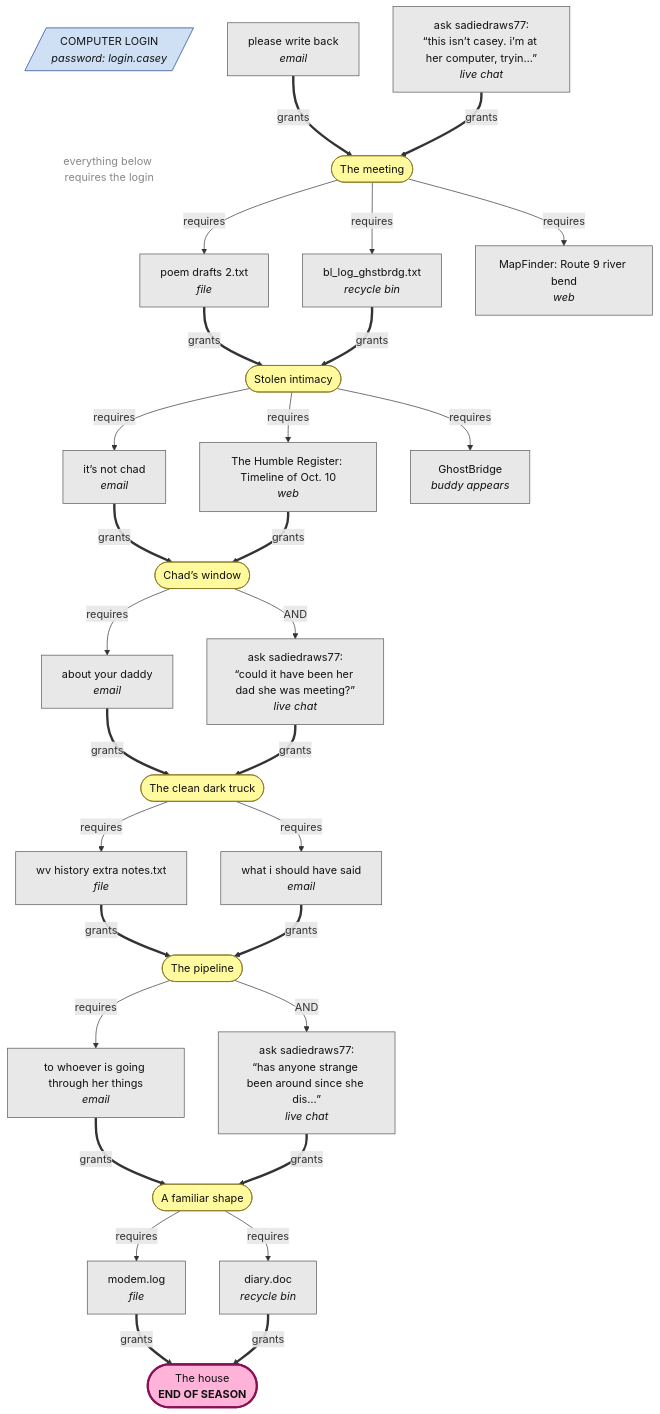
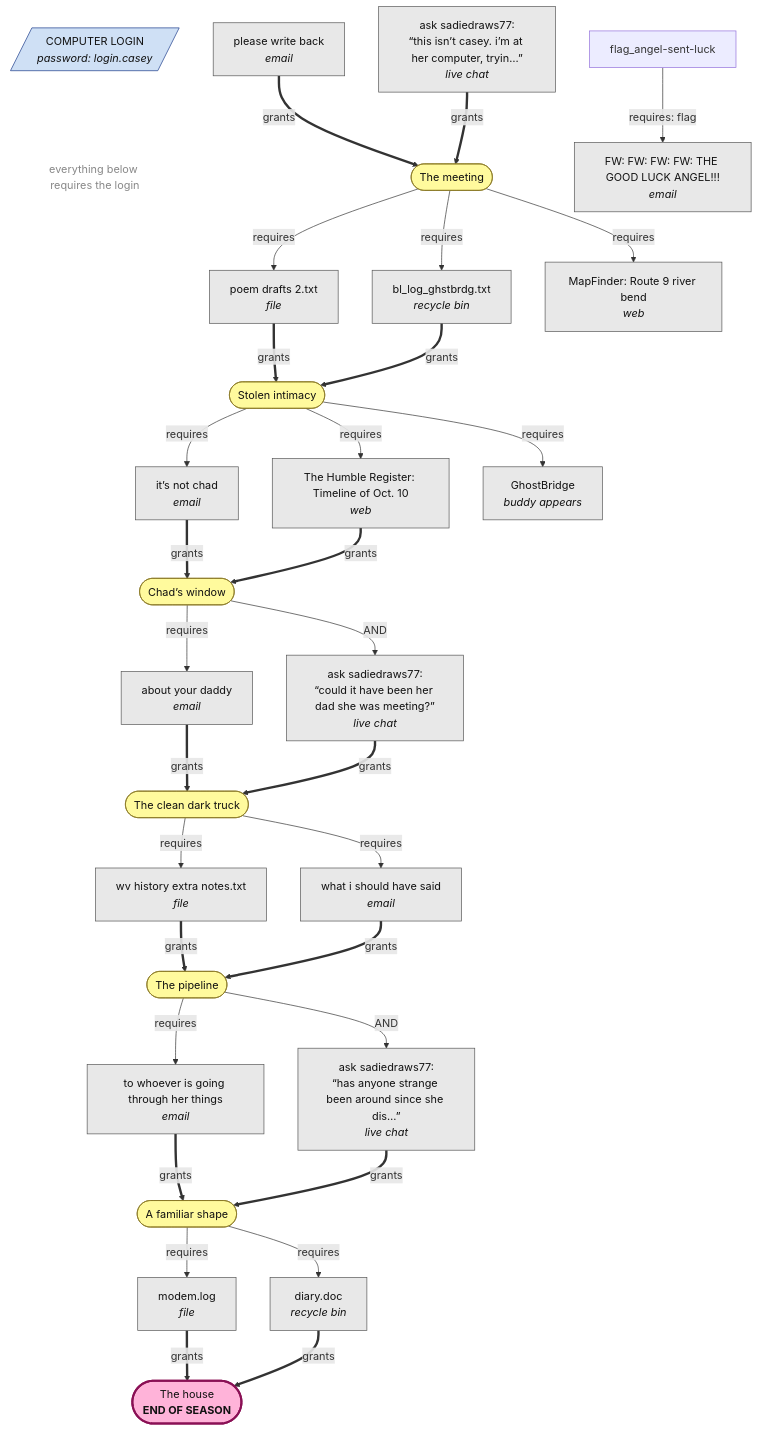
The diagram in docs/clue-graph.md (adamthedorsey/last-login), drawn with Mermaid before and after one commit. The commit also changed other lines of this file and 8 other files, not shown here.

````diff
--- a/docs/clue-graph.md
+++ b/docs/clue-graph.md
@@ -9,61 +9,63 @@
 ```mermaid
 flowchart TD
   classDef discovery fill:#fffa9d,stroke:#887722,color:#111
   classDef finale fill:#ffb3d9,stroke:#8a1055,color:#111,stroke-width:3px
   classDef item fill:#e8e8e8,stroke:#555,color:#111
   classDef locked fill:#cfe0f5,stroke:#1a3a8a,color:#111
   classDef note fill:none,stroke:none,color:#888
   login[/"COMPUTER LOGIN<br/><i>password: login.casey</i>"/]:::locked
   login ~~~ loginNote["everything below requires the login"]:::note
   d_the_meeting(["The meeting"]):::discovery
   d_stolen_intimacy(["Stolen intimacy"]):::discovery
   d_chads_window(["Chad’s window"]):::discovery
   d_the_clean_truck(["The clean dark truck"]):::discovery
   d_the_pipeline(["The pipeline"]):::discovery
   d_who_shaped(["A familiar shape"]):::discovery
   d_the_house(["The house<br/><b>END OF SEASON</b>"]):::finale
   i_file_ledger_copy["wv history extra notes.txt<br/><i>file</i>"]:::item
   i_file_ledger_copy ==>|grants| d_the_pipeline
   d_the_clean_truck -->|requires| i_file_ledger_copy
   i_file_gb_log_oct8["poem drafts 2.txt<br/><i>file</i>"]:::item
   i_file_gb_log_oct8 ==>|grants| d_stolen_intimacy
   d_the_meeting -->|requires| i_file_gb_log_oct8
   i_file_modem_log["modem.log<br/><i>file</i>"]:::item
   i_file_modem_log ==>|grants| d_the_house
   d_who_shaped -->|requires| i_file_modem_log
   i_email_sadie_please["please write back<br/><i>email</i>"]:::item
   i_email_sadie_please ==>|grants| d_the_meeting
+  i_email_angel_chain2["FW: FW: FW: FW: THE GOOD LUCK ANGEL!!!<br/><i>email</i>"]:::item
+  flag_angel-sent-luck -->|requires: flag| i_email_angel_chain2
   i_email_sadie_notchad["it’s not chad<br/><i>email</i>"]:::item
   i_email_sadie_notchad ==>|grants| d_chads_window
   d_stolen_intimacy -->|requires| i_email_sadie_notchad
   i_email_ruth_yourdad["about your daddy<br/><i>email</i>"]:::item
   i_email_ruth_yourdad ==>|grants| d_the_clean_truck
   d_chads_window -->|requires| i_email_ruth_yourdad
   i_email_sam_plain["what i should have said<br/><i>email</i>"]:::item
   i_email_sam_plain ==>|grants| d_the_pipeline
   d_the_clean_truck -->|requires| i_email_sam_plain
   i_email_rebecca["to whoever is going through her things<br/><i>email</i>"]:::item
   i_email_rebecca ==>|grants| d_who_shaped
   d_the_pipeline -->|requires| i_email_rebecca
   i_trash_bl_log["bl_log_ghstbrdg.txt<br/><i>recycle bin</i>"]:::item
   i_trash_bl_log ==>|grants| d_stolen_intimacy
   d_the_meeting -->|requires| i_trash_bl_log
   i_trash_diary["diary.doc<br/><i>recycle bin</i>"]:::item
   i_trash_diary ==>|grants| d_the_house
   d_who_shaped -->|requires| i_trash_diary
   i_web_register_timeline["The Humble Register: Timeline of Oct. 10<br/><i>web</i>"]:::item
   i_web_register_timeline ==>|grants| d_chads_window
   d_stolen_intimacy -->|requires| i_web_register_timeline
   i_web_mapfinder_bend["MapFinder: Route 9 river bend<br/><i>web</i>"]:::item
   d_the_meeting -->|requires| i_web_mapfinder_bend
   b_GhostBridge["GhostBridge<br/><i>buddy appears</i>"]:::item
   d_stolen_intimacy -->|requires| b_GhostBridge
   c_sadiedraws77_intro["ask sadiedraws77:<br/>“this isn’t casey. i’m at her computer, tryin…”<br/><i>live chat</i>"]:::item
   c_sadiedraws77_intro ==>|grants| d_the_meeting
   c_sadiedraws77_frank["ask sadiedraws77:<br/>“could it have been her dad she was meeting?”<br/><i>live chat</i>"]:::item
   c_sadiedraws77_frank ==>|grants| d_the_clean_truck
   d_chads_window -->|AND| c_sadiedraws77_frank
   c_sadiedraws77_vigil["ask sadiedraws77:<br/>“has anyone strange been around since she dis…”<br/><i>live chat</i>"]:::item
   c_sadiedraws77_vigil ==>|grants| d_who_shaped
   d_the_pipeline -->|AND| c_sadiedraws77_vigil
 ```
````
